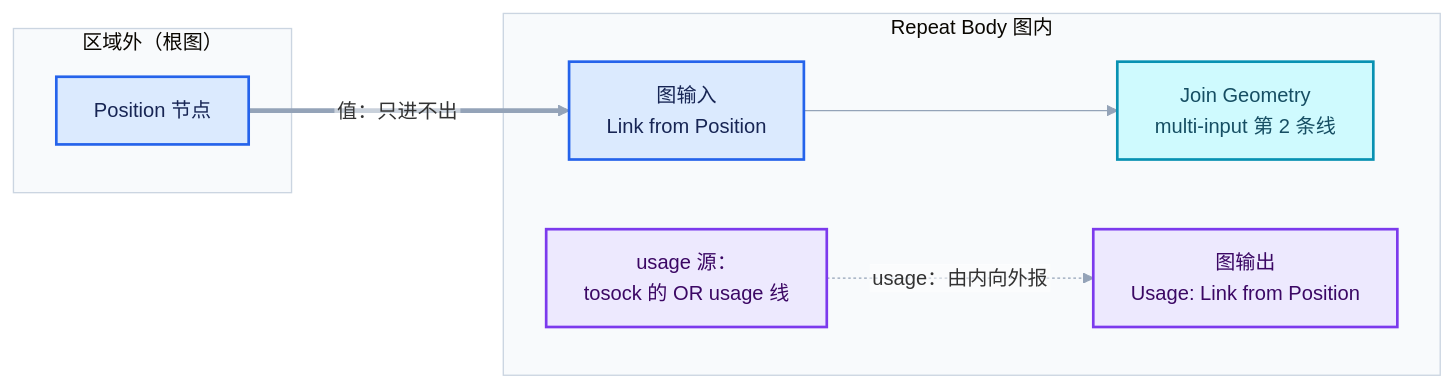
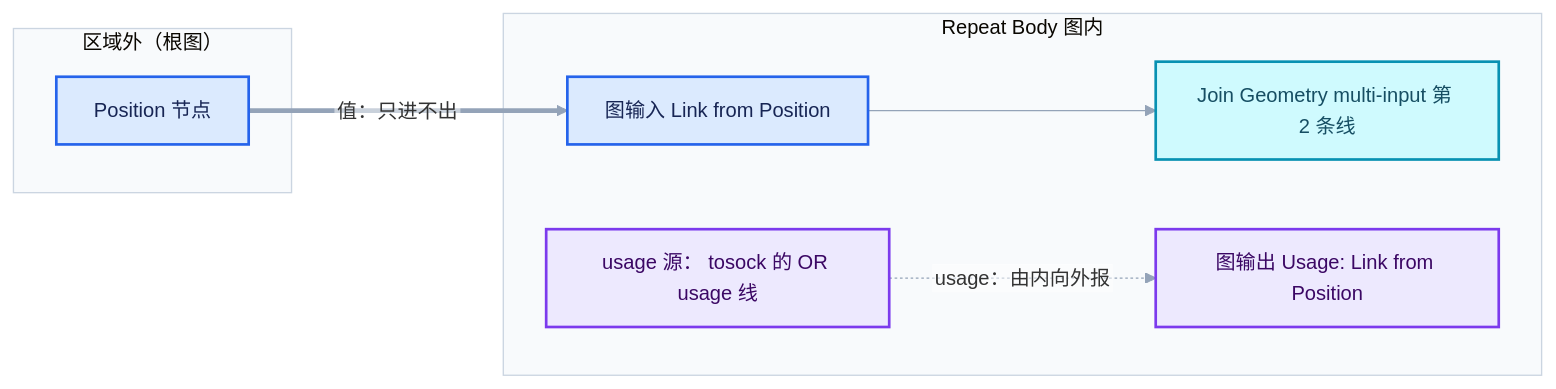
Before and after one commit to yunkezengren/blender-.vscode: the second of 5 diagrams in 杂/markdown/重复区域-dsh/03-几何节点执行架构/02-Repeat循环体函数构建详解.md, drawn with Mermaid. The commit also changed other lines of this file and 27 other files, not shown here.

````diff
--- a/杂/markdown/重复区域-dsh/03-几何节点执行架构/02-Repeat循环体函数构建详解.md
+++ b/杂/markdown/重复区域-dsh/03-几何节点执行架构/02-Repeat循环体函数构建详解.md
@@ -1071,25 +1048,25 @@
 ```mermaid
 %%{init: {"theme":"base","themeVariables":{"fontFamily":"\"Segoe UI\",\"Microsoft YaHei\",sans-serif","fontSize":"15px","lineColor":"#94A3B8","edgeLabelBackground":"#FFFFFF","clusterBkg":"#F8FAFC","clusterBorder":"#CBD5E1"},"flowchart":{"htmlLabels":false,"curve":"basis","nodeSpacing":52,"rankSpacing":64,"padding":14,"diagramPadding":16,"useMaxWidth":true},"sequence":{"useMaxWidth":true,"wrap":true,"mirrorActors":false,"messageMargin":36}}}%%
 flowchart LR
     subgraph OUTSIDE["区域外（根图）"]
         SRC["Position 节点"]
     end
     subgraph BODY["Repeat Body 图内"]
-        BL["图输入<br/>Link from Position"]
-        TGT["Join Geometry<br/>multi-input 第 2 条线"]
-        UOR["usage 源：<br/>tosock 的 OR usage 线"]
-        BUO["图输出<br/>Usage: Link from Position"]
+        BL["图输入 Link from Position"]
+        TGT["Join Geometry multi-input 第 2 条线"]
+        UOR["usage 源： tosock 的 OR usage 线"]
+        BUO["图输出 Usage: Link from Position"]
     end
     SRC == "值：只进不出" ==> BL
     BL --> TGT
     UOR -. "usage：由内向外报" .-> BUO
     classDef input fill:#DBEAFE,stroke:#2563EB,color:#172554,stroke-width:2px;
     classDef data fill:#CFFAFE,stroke:#0891B2,color:#164E63,stroke-width:2px;
     classDef abstraction fill:#EDE9FE,stroke:#7C3AED,color:#3B0764,stroke-width:2px;
     classDef compute fill:#FEF3C7,stroke:#D97706,color:#78350F,stroke-width:2px;
     classDef result fill:#DCFCE7,stroke:#16A34A,color:#14532D,stroke-width:2px;
     classDef error fill:#FEE2E2,stroke:#DC2626,color:#7F1D1D,stroke-width:2px;
     class SRC,BL input;
     class TGT data;
     class UOR,BUO abstraction;
 ```
````
